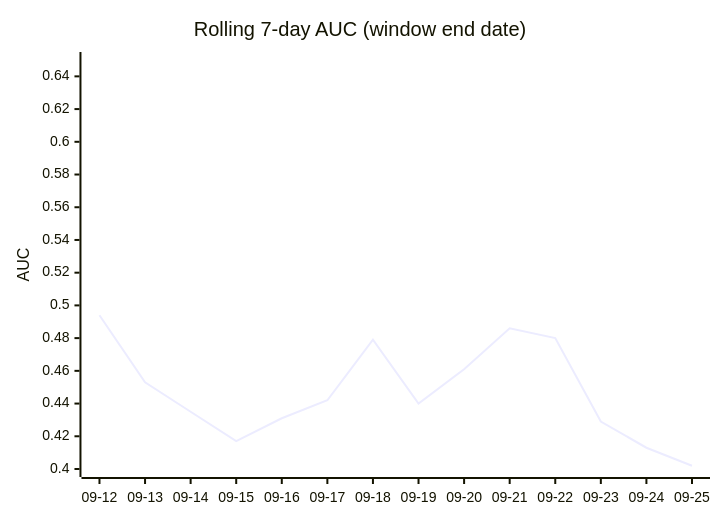
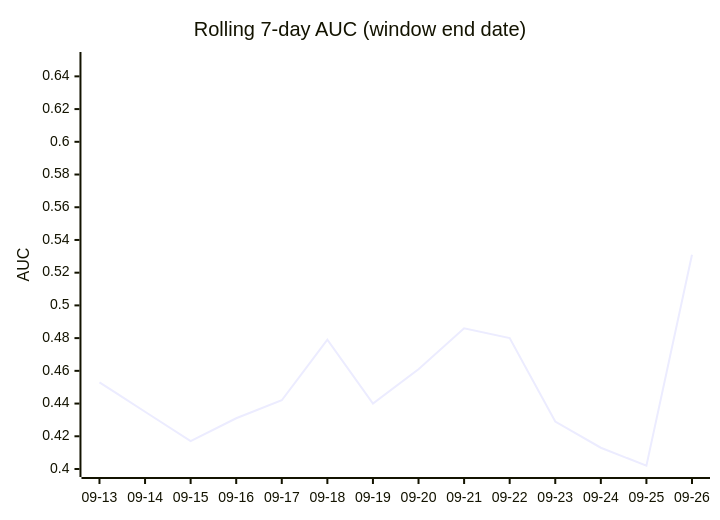
The third of 4 diagrams in DAILY_AGSU_REPORT.md (dpk1212/nhl-savant), drawn with Mermaid before and after one commit. The commit also changed other lines of this file, not shown here.

````diff
--- a/DAILY_AGSU_REPORT.md
+++ b/DAILY_AGSU_REPORT.md
@@ -861,7 +866,7 @@
 ```mermaid
 xychart-beta
     title "Rolling 7-day AUC (window end date)"
-    x-axis ["09-12", "09-13", "09-14", "09-15", "09-16", "09-17", "09-18", "09-19", "09-20", "09-21", "09-22", "09-23", "09-24", "09-25"]
+    x-axis ["09-13", "09-14", "09-15", "09-16", "09-17", "09-18", "09-19", "09-20", "09-21", "09-22", "09-23", "09-24", "09-25", "09-26"]
     y-axis "AUC" 0.4 --> 0.65
-    line [0.494, 0.453, 0.435, 0.417, 0.431, 0.442, 0.479, 0.44, 0.461, 0.486, 0.48, 0.429, 0.413, 0.402]
+    line [0.453, 0.435, 0.417, 0.431, 0.442, 0.479, 0.44, 0.461, 0.486, 0.48, 0.429, 0.413, 0.402, 0.531]
 ```
````
